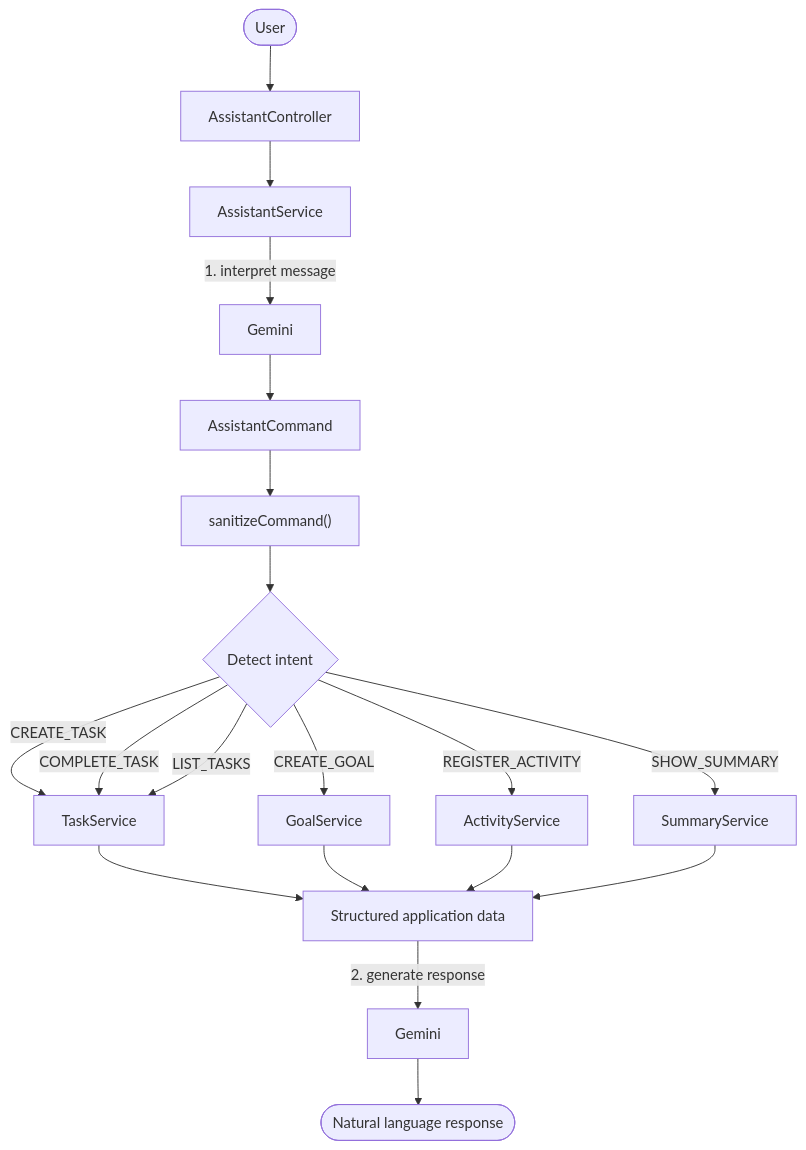
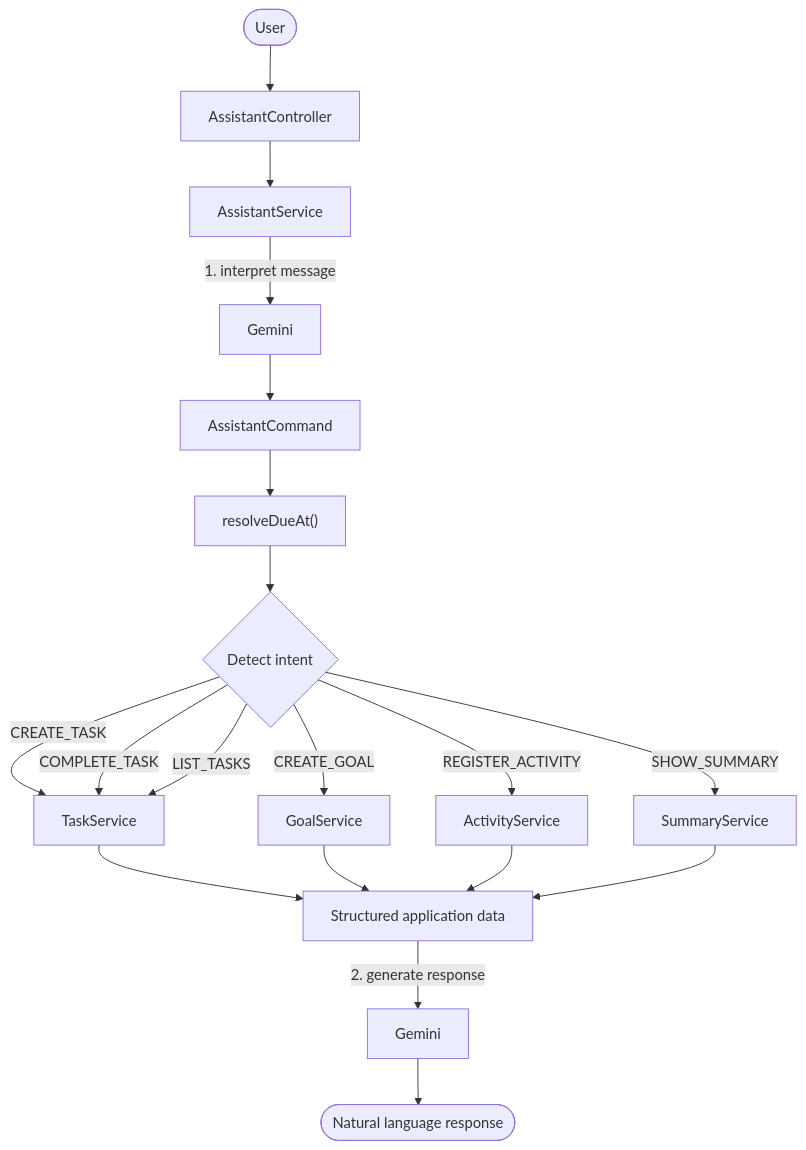
One commit to G-Delboni/AITaskAssistant changed the diagram in README.md. Above: the diagram before and after it, drawn with Mermaid. The commit also changed other lines of this file and 1 other file, not shown here.

````diff
--- a/README.md
+++ b/README.md
@@ -175,21 +166,21 @@
 ```mermaid
 flowchart TD
     U([User]) --> C[AssistantController]
     C --> S[AssistantService]
     S -->|1. interpret message| G1[Gemini]
     G1 --> CMD[AssistantCommand]
-    CMD --> SAN["sanitizeCommand()"]
-    SAN --> D{Detect intent}
+    CMD --> DUE["resolveDueAt()"]
+    DUE --> D{Detect intent}
     D -->|CREATE_TASK| TS[TaskService]
     D -->|COMPLETE_TASK| TS
     D -->|LIST_TASKS| TS
     D -->|CREATE_GOAL| GS[GoalService]
     D -->|REGISTER_ACTIVITY| AS[ActivityService]
     D -->|SHOW_SUMMARY| SS[SummaryService]
     TS --> DTO[Structured application data]
     GS --> DTO
     AS --> DTO
     SS --> DTO
     DTO -->|2. generate response| G2[Gemini]
     G2 --> R([Natural language response])
 ```
````
